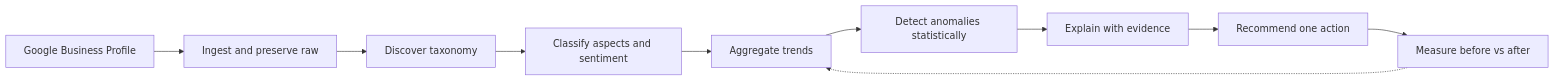
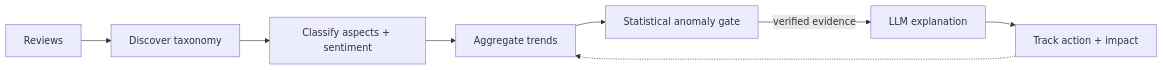
Before and after one commit to Bruce1508/reviewSignal: the second of 3 diagrams in README.md, drawn with Mermaid. The commit also changed other lines of this file, not shown here.

````diff
--- a/README.md
+++ b/README.md
@@ -41,12 +95,10 @@
 ```mermaid
 flowchart LR
-    A[Google Business Profile] --> B[Ingest and preserve raw]
-    B --> C[Discover taxonomy]
-    C --> D[Classify aspects and sentiment]
-    D --> E[Aggregate trends]
-    E --> F[Detect anomalies statistically]
-    F --> G[Explain with evidence]
-    G --> H[Recommend one action]
-    H --> I[Measure before vs after]
-    I -.-> E
+    R[Reviews] --> T[Discover taxonomy]
+    T --> C[Classify aspects + sentiment]
+    C --> A[Aggregate trends]
+    A --> S[Statistical anomaly gate]
+    S -->|verified evidence| L[LLM explanation]
+    L --> X[Track action + impact]
+    X -.-> A
 ```
````
